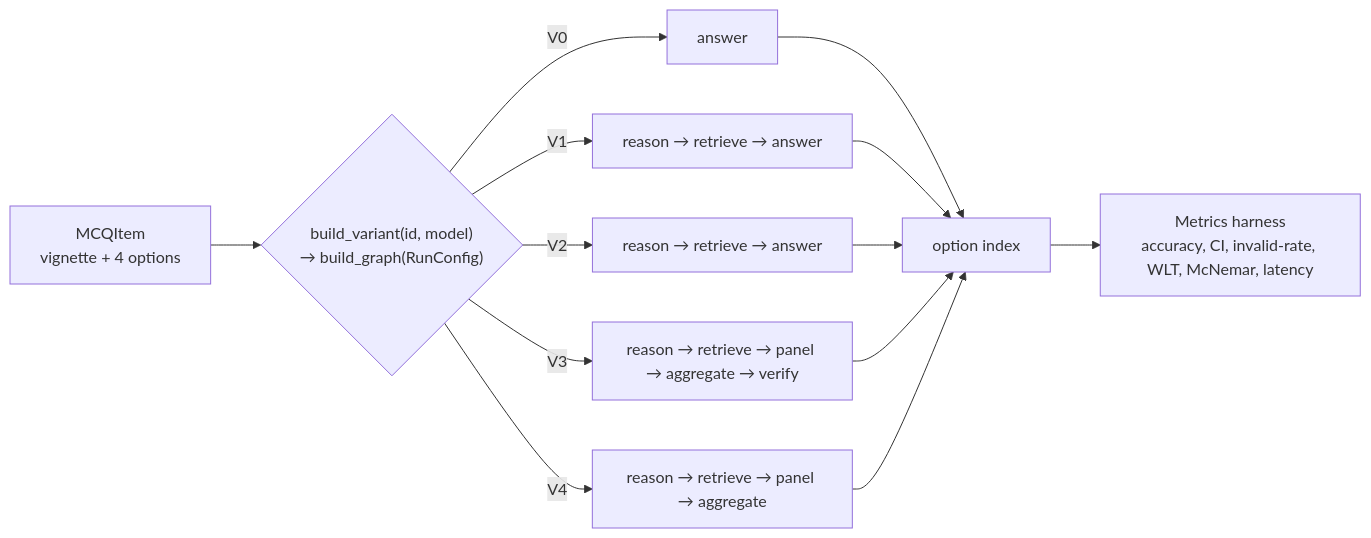
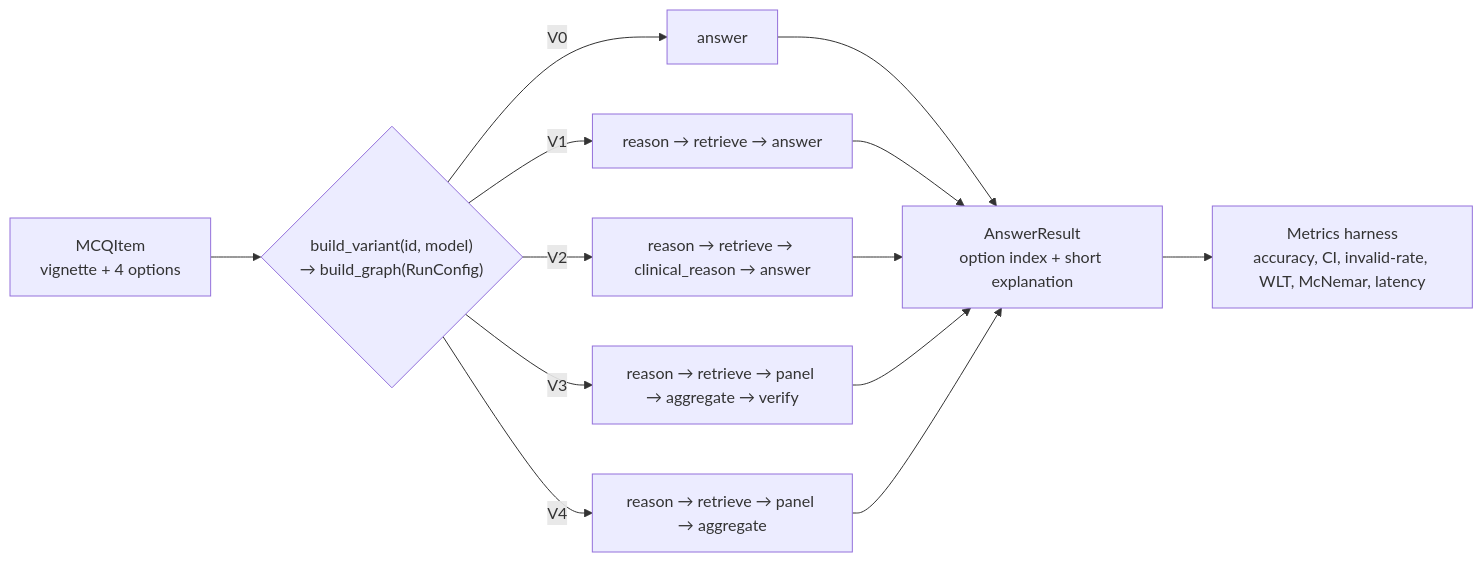
Before and after one commit to tigonguyen/langgraph-agent-hospital: the first of 5 diagrams in docs/ARCHITECTURE.md, drawn with Mermaid. The commit also changed other lines of this file and 2 other files, not shown here.

First line of the commit message:
docs: record answer+explanation design across all docs

````diff
--- a/docs/ARCHITECTURE.md
+++ b/docs/ARCHITECTURE.md
@@ -15,11 +16,11 @@
 ```mermaid
 flowchart LR
     item["MCQItem<br/>vignette + 4 options"] --> sw{"build_variant(id, model)<br/>→ build_graph(RunConfig)"}
     sw -->|V0| v0["answer"]
     sw -->|V1| v1["reason → retrieve → answer"]
-    sw -->|V2| v2["reason → retrieve → answer"]
+    sw -->|V2| v2["reason → retrieve → clinical_reason → answer"]
     sw -->|V3| v3["reason → retrieve → panel → aggregate → verify"]
     sw -->|V4| v4["reason → retrieve → panel → aggregate"]
-    v0 & v1 & v2 & v3 & v4 --> ans["option index"]
+    v0 & v1 & v2 & v3 & v4 --> ans["AnswerResult<br/>option index + short explanation"]
     ans --> eval["Metrics harness<br/>accuracy, CI, invalid-rate, WLT, McNemar, latency"]
 ```
````
